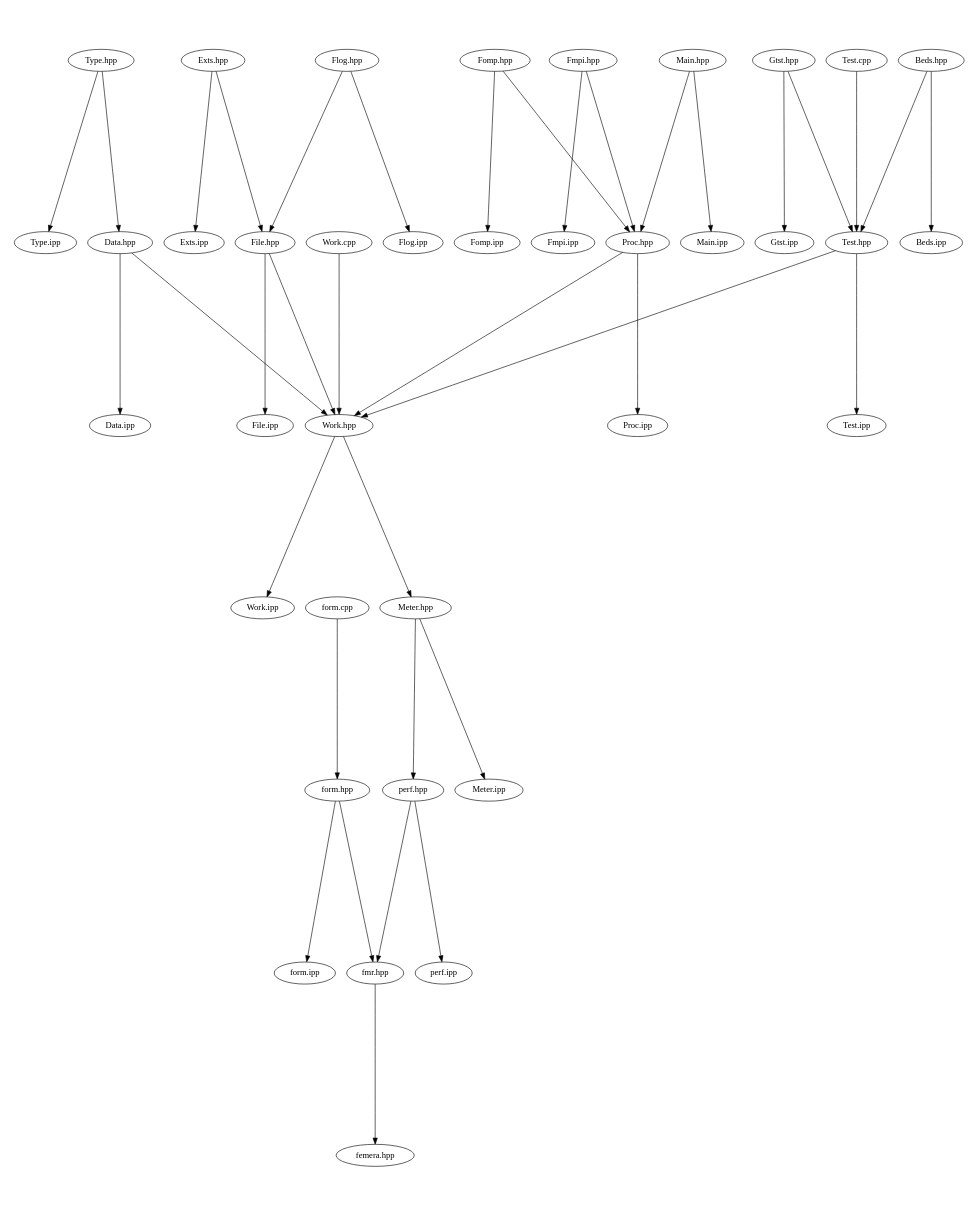
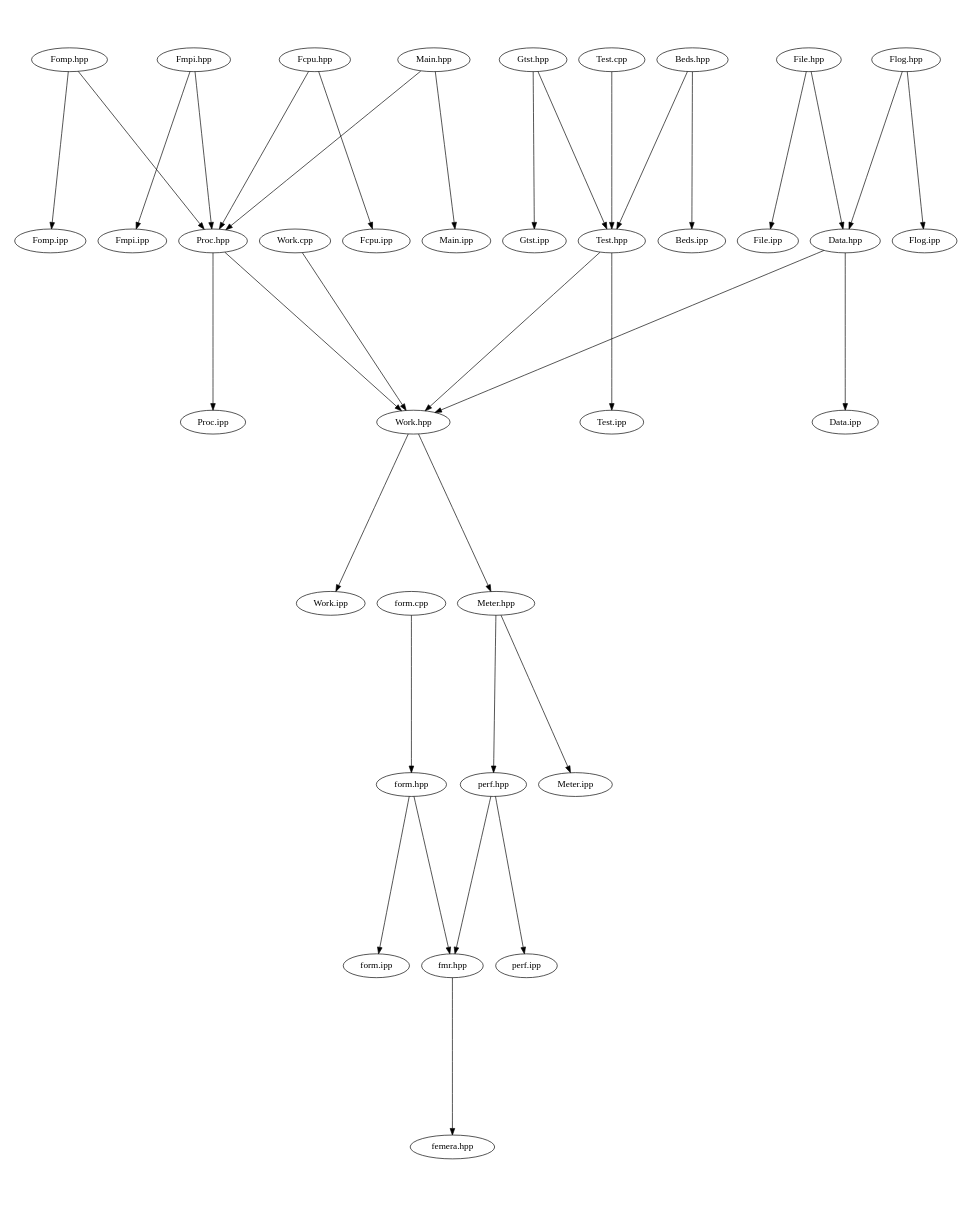
One commit to waggyz/femera-mini-app changed the diagram in src/docs/src-notest.dot. Above: the diagram before and after it, drawn with Graphviz. The commit also changed 38 other files, not shown here.

```diff
--- a/src/docs/src-notest.dot
+++ b/src/docs/src-notest.dot
@@ -1,44 +1,42 @@
 digraph "source tree" {
     overlap=scale;
     size="8,10";
     ratio="fill";
     fontsize="16";
     fontname="Helvetica";
 	clusterrank="local";
 	"Meter.hpp" -> "perf.hpp"
 	"Fomp.hpp" -> "Fomp.ipp"
 	"Gtst.hpp" -> "Gtst.ipp"
-	"Exts.hpp" -> "Exts.ipp"
-	"Type.hpp" -> "Data.hpp"
 	"Fmpi.hpp" -> "Fmpi.ipp"
-	"File.hpp" -> "Work.hpp"
 	"form.cpp" -> "form.hpp"
 	"perf.hpp" -> "perf.ipp"
+	"Fcpu.hpp" -> "Fcpu.ipp"
 	"Work.cpp" -> "Work.hpp"
 	"Main.hpp" -> "Main.ipp"
 	"Proc.hpp" -> "Proc.ipp"
 	"Test.cpp" -> "Test.hpp"
 	"perf.hpp" -> "fmr.hpp"
-	"Exts.hpp" -> "File.hpp"
 	"Data.hpp" -> "Data.ipp"
-	"Type.hpp" -> "Type.ipp"
+	"File.hpp" -> "Data.hpp"
 	"Work.hpp" -> "Work.ipp"
+	"Test.hpp" -> "Work.hpp"
 	"Fmpi.hpp" -> "Proc.hpp"
-	"Test.hpp" -> "Work.hpp"
 	"Beds.hpp" -> "Test.hpp"
 	"fmr.hpp" -> "femera.hpp"
 	"form.hpp" -> "form.ipp"
 	"form.hpp" -> "fmr.hpp"
 	"Proc.hpp" -> "Work.hpp"
 	"Gtst.hpp" -> "Test.hpp"
 	"Data.hpp" -> "Work.hpp"
 	"Beds.hpp" -> "Beds.ipp"
 	"Work.hpp" -> "Meter.hpp"
+	"Fcpu.hpp" -> "Proc.hpp"
 	"Fomp.hpp" -> "Proc.hpp"
+	"Flog.hpp" -> "Data.hpp"
 	"Main.hpp" -> "Proc.hpp"
 	"File.hpp" -> "File.ipp"
 	"Flog.hpp" -> "Flog.ipp"
-	"Flog.hpp" -> "File.hpp"
 	"Meter.hpp" -> "Meter.ipp"
 	"Test.hpp" -> "Test.ipp"
 }
```
